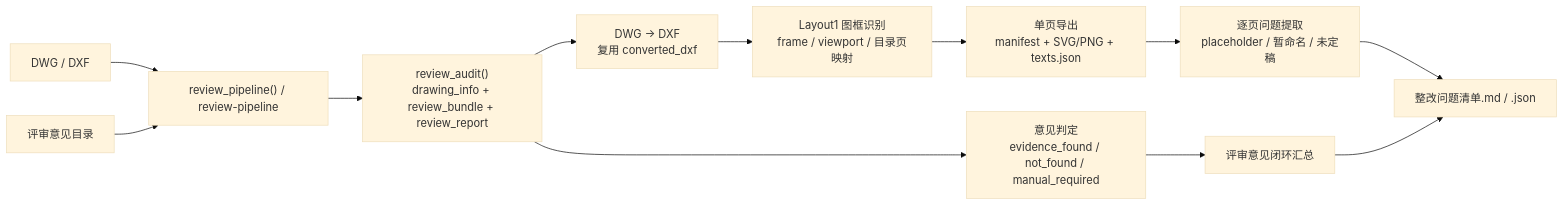
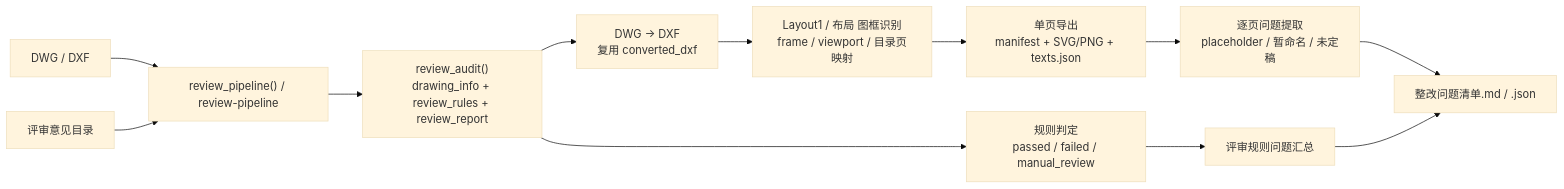
Before and after one commit to live-in-the-moment/SparkFlow: the diagram in docs/review-pipeline.md, drawn with Mermaid (base theme). The commit also changed other lines of this file and 10 other files, not shown here.

````diff
--- a/docs/review-pipeline.md
+++ b/docs/review-pipeline.md
@@ -10,14 +41,14 @@
 ```mermaid
 flowchart LR
   A["DWG / DXF"] --> B["review_pipeline() / review-pipeline"]
   R["评审意见目录"] --> B
-  B --> C["review_audit()<br/>drawing_info + review_bundle + review_report"]
+  B --> C["review_audit()<br/>drawing_info + review_rules + review_report"]
   C --> D["DWG -> DXF<br/>复用 converted_dxf"]
-  D --> E["Layout1 图框识别<br/>frame / viewport / 目录页映射"]
+  D --> E["Layout1 / 布局 图框识别<br/>frame / viewport / 目录页映射"]
   E --> F["单页导出<br/>manifest + SVG/PNG + texts.json"]
-  C --> G["意见判定<br/>evidence_found / not_found / manual_required"]
+  C --> G["规则判定<br/>passed / failed / manual_review"]
   F --> H["逐页问题提取<br/>placeholder / 暂命名 / 未定稿"]
-  G --> I["评审意见闭环汇总"]
+  G --> I["评审规则问题汇总"]
   H --> J["整改问题清单.md / .json"]
   I --> J
 ```
````
